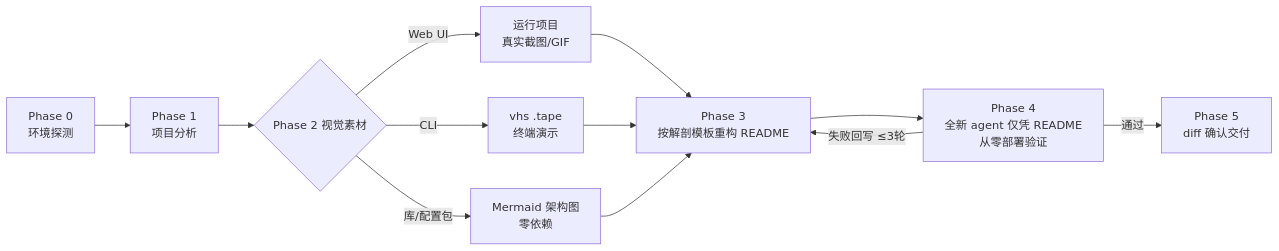
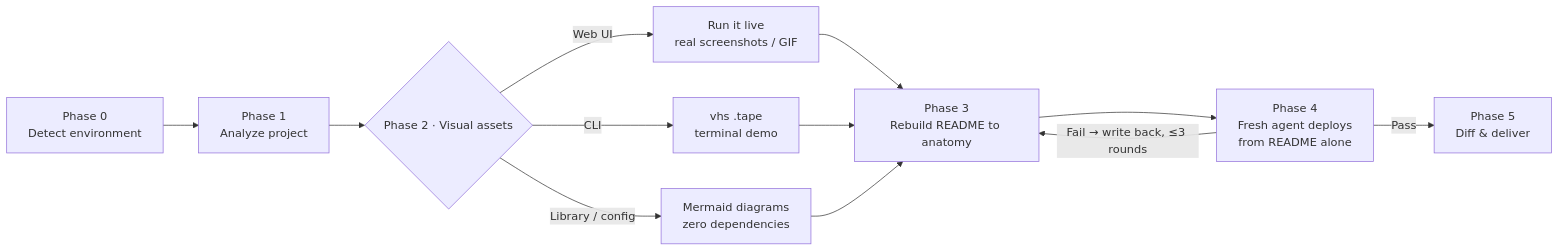
One commit to janauto/readme-master changed the diagram in README.md. Above: the diagram before and after it, drawn with Mermaid. The commit also changed other lines of this file and 7 other files, not shown here.

````diff
--- a/README.md
+++ b/README.md
@@ -11,12 +26,12 @@
 ```mermaid
 flowchart LR
-    A[Phase 0<br/>环境探测] --> B[Phase 1<br/>项目分析]
-    B --> C{Phase 2 视觉素材}
-    C -->|Web UI| C1[运行项目<br/>真实截图/GIF]
-    C -->|CLI| C2[vhs .tape<br/>终端演示]
-    C -->|库/配置包| C3[Mermaid 架构图<br/>零依赖]
-    C1 & C2 & C3 --> D[Phase 3<br/>按解剖模板重构 README]
-    D --> E[Phase 4<br/>全新 agent 仅凭 README<br/>从零部署验证]
-    E -->|失败回写 ≤3轮| D
-    E -->|通过| F[Phase 5<br/>diff 确认交付]
+    A[Phase 0<br/>Detect environment] --> B[Phase 1<br/>Analyze project]
+    B --> C{Phase 2 · Visual assets}
+    C -->|Web UI| C1[Run it live<br/>real screenshots / GIF]
+    C -->|CLI| C2[vhs .tape<br/>terminal demo]
+    C -->|Library / config| C3[Mermaid diagrams<br/>zero dependencies]
+    C1 & C2 & C3 --> D[Phase 3<br/>Rebuild README to anatomy]
+    D --> E[Phase 4<br/>Fresh agent deploys<br/>from README alone]
+    E -->|Fail → write back, ≤3 rounds| D
+    E -->|Pass| F[Phase 5<br/>Diff & deliver]
 ```
````
